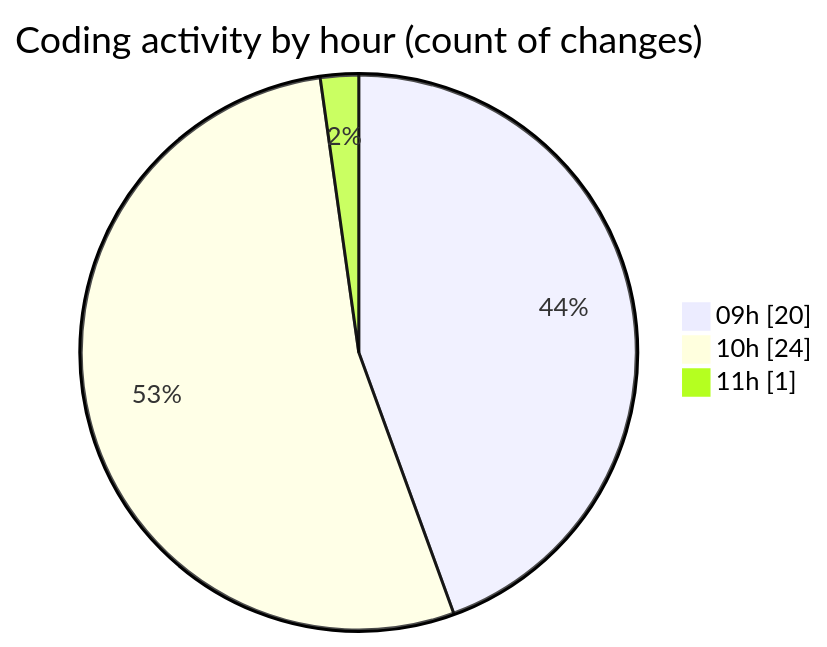
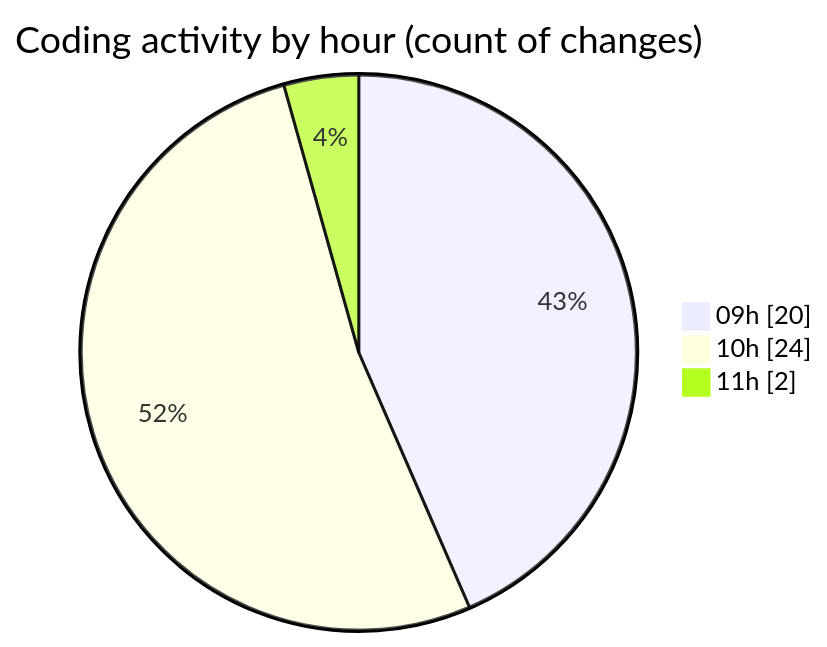
The second of 2 diagrams in 2025-05-19/cda/README.md (momahboobian/code-tracking), drawn with Mermaid before and after one commit. The commit also changed other lines of this file and 1 other file, not shown here.

````diff
--- a/2025-05-19/cda/README.md
+++ b/2025-05-19/cda/README.md
@@ -36,7 +38,7 @@
 ```mermaid
 pie showData
 title Coding activity by hour (count of changes)
 "09h" : 20
 "10h" : 24
-"11h" : 1
+"11h" : 2
 ```
````
